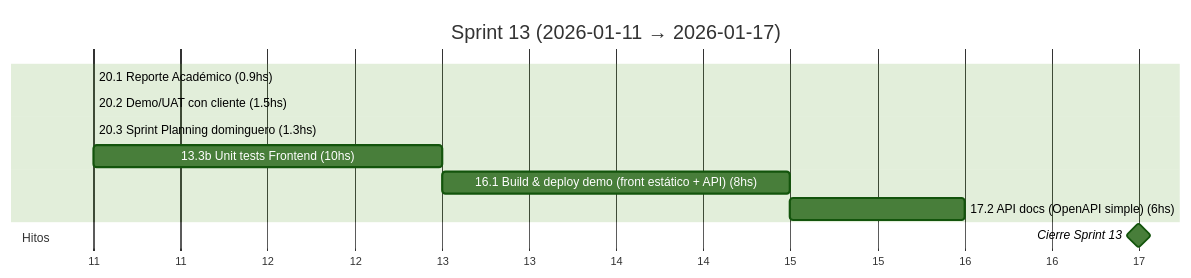
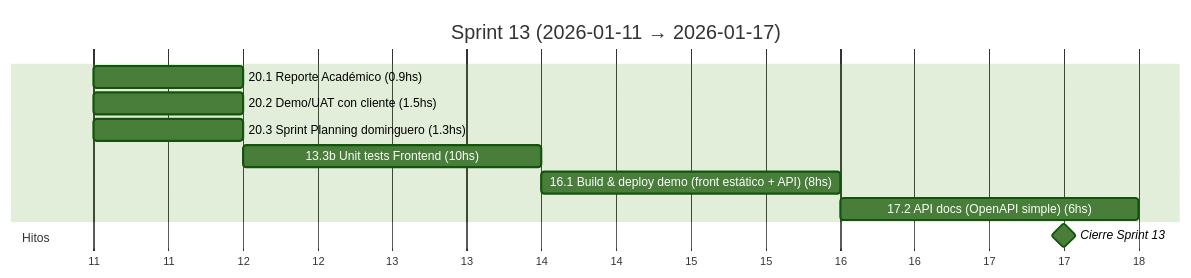
Diagram 14 of 18 in docs/SprintsGantts.md (MarkMed/FleetMan), drawn with Mermaid (forest theme) before and after one commit. The commit also changed other lines of this file, not shown here.

````diff
--- a/docs/SprintsGantts.md
+++ b/docs/SprintsGantts.md
@@ -340,18 +340,18 @@
 ```mermaid
 gantt
   title Sprint 13 (2026-01-11 → 2026-01-17)
   dateFormat  YYYY-MM-DD
   axisFormat  %d
 
   %% Asumimos 5 h/día. Horas estimadas incluidas en el nombre.
 
-  20.1 Reporte Académico (0.9hs)               :t201, 2026-01-11, 0.2d
-  20.2 Demo/UAT con cliente (1.5hs)            :t202, after t201, 0.3d
-  20.3 Sprint Planning dominguero (1.3hs)      :t203, after t202, 0.3d
+  20.1 Reporte Académico (0.9hs)               :t201, 2026-01-11, 1d
+  20.2 Demo/UAT con cliente (1.5hs)            :t202, 2026-01-11, 1d
+  20.3 Sprint Planning dominguero (1.3hs)      :t203, 2026-01-11, 1d
   13.3b Unit tests Frontend (10hs)             :t133b, after t203, 2d
-  16.1 Build & deploy demo (front estático + API) (8hs) :t161, after t133b, 1.6d
-  17.2 API docs (OpenAPI simple) (6hs)         :t172, after t161, 1.2d
+  16.1 Build & deploy demo (front estático + API) (8hs) :t161, after t133b, 2d
+  17.2 API docs (OpenAPI simple) (6hs)         :t172, after t161, 2d
 
   section Hitos
-  Cierre Sprint 13                             :milestone, s13, 2026-01-17, 0d
+  Cierre Sprint 13                             :milestone, s13, 2026-01-17, 1d
 ```
````
